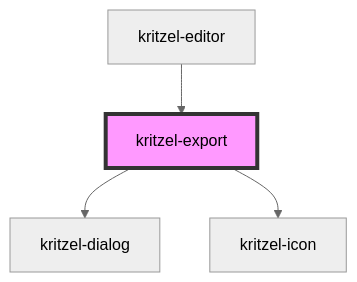
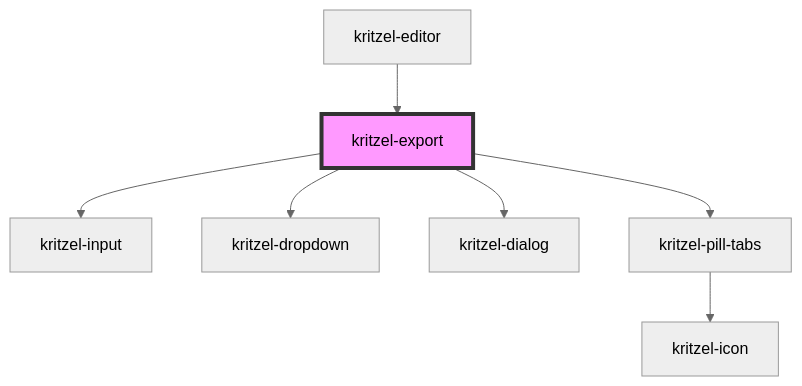
One commit to kasual1/kritzel changed the diagram in libs/kritzel-stencil/src/components/ui/kritzel-export/readme.md. Above: the diagram before and after it, drawn with Mermaid (neutral theme). The commit also changed other lines of this file and 469 other files, not shown here.

````diff
--- a/libs/kritzel-stencil/src/components/ui/kritzel-export/readme.md
+++ b/libs/kritzel-stencil/src/components/ui/kritzel-export/readme.md
@@ -47,7 +57,10 @@
 ```mermaid
 graph TD;
+  kritzel-export --> kritzel-input
+  kritzel-export --> kritzel-dropdown
   kritzel-export --> kritzel-dialog
-  kritzel-export --> kritzel-icon
+  kritzel-export --> kritzel-pill-tabs
+  kritzel-pill-tabs --> kritzel-icon
   kritzel-editor --> kritzel-export
   style kritzel-export fill:#f9f,stroke:#333,stroke-width:4px
 ```
````
